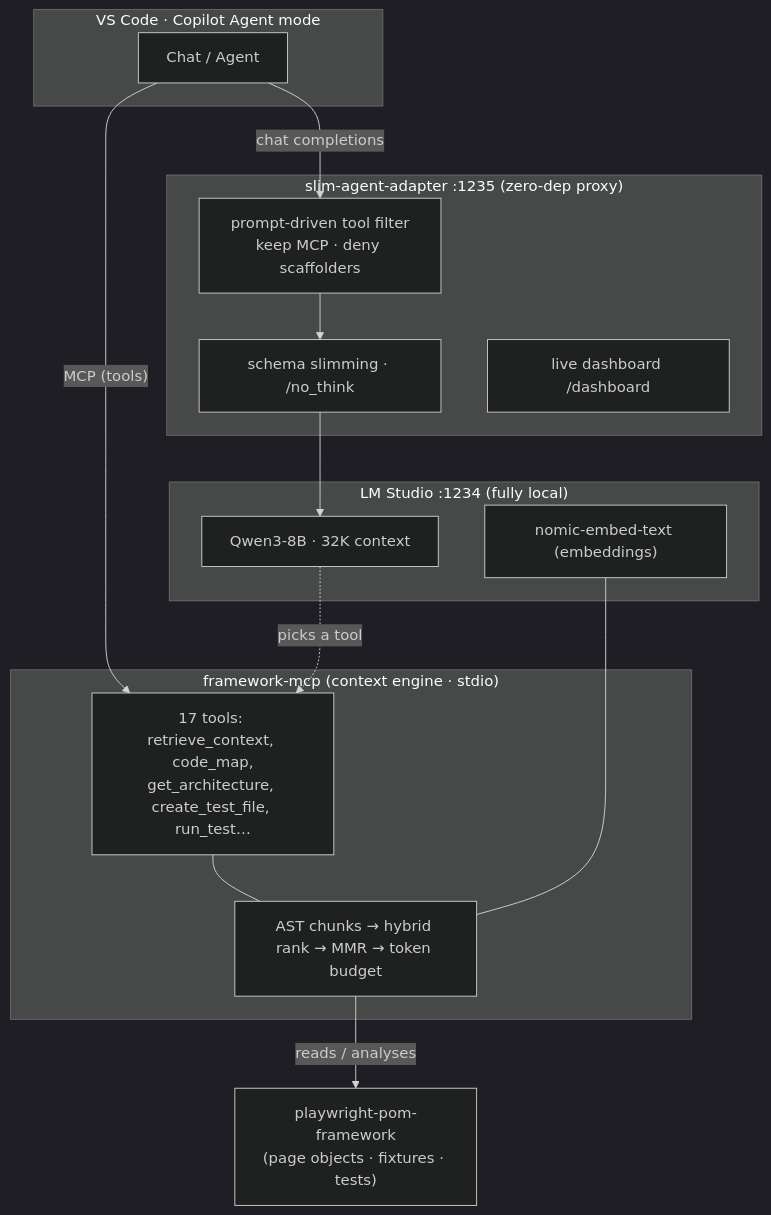
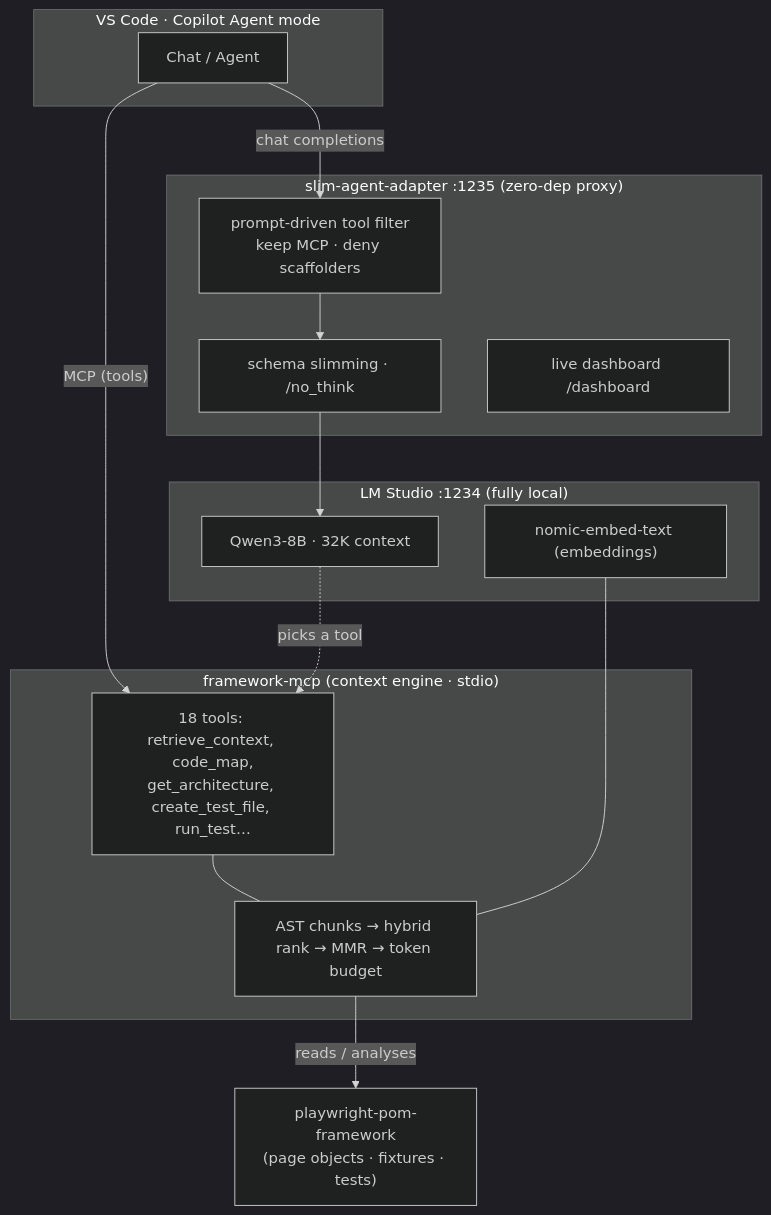
One commit to pruthive580/PlayWright-RAG-CustomMCP changed the diagram in README.md. Above: the diagram before and after it, drawn with Mermaid (dark theme). The commit also changed other lines of this file and 4 other files, not shown here.

````diff
--- a/README.md
+++ b/README.md
@@ -24,31 +24,31 @@
 ```mermaid
 flowchart TB
   subgraph vscode["VS Code · Copilot Agent mode"]
     chat["Chat / Agent"]
   end
 
   subgraph adapter["slim-agent-adapter  :1235  (zero-dep proxy)"]
     filt["prompt-driven tool filter<br/>keep MCP · deny scaffolders"]
     slim["schema slimming · /no_think"]
     dash["live dashboard /dashboard"]
   end
 
   subgraph lms["LM Studio  :1234  (fully local)"]
     llm["Qwen3-8B · 32K context"]
     emb["nomic-embed-text (embeddings)"]
   end
 
   subgraph mcp["framework-mcp  (context engine · stdio)"]
-    tools["17 tools: retrieve_context, code_map,<br/>get_architecture, create_test_file, run_test…"]
+    tools["18 tools: retrieve_context, code_map,<br/>get_architecture, create_test_file, run_test…"]
     rag["AST chunks → hybrid rank → MMR → token budget"]
   end
 
   fw["playwright-pom-framework<br/>(page objects · fixtures · tests)"]
 
   chat -- "chat completions" --> filt --> slim --> llm
   emb --- rag
   chat -- "MCP (tools)" --> tools
   tools --- rag
   rag -- "reads / analyses" --> fw
   llm -. "picks a tool" .-> tools
 ```
````
